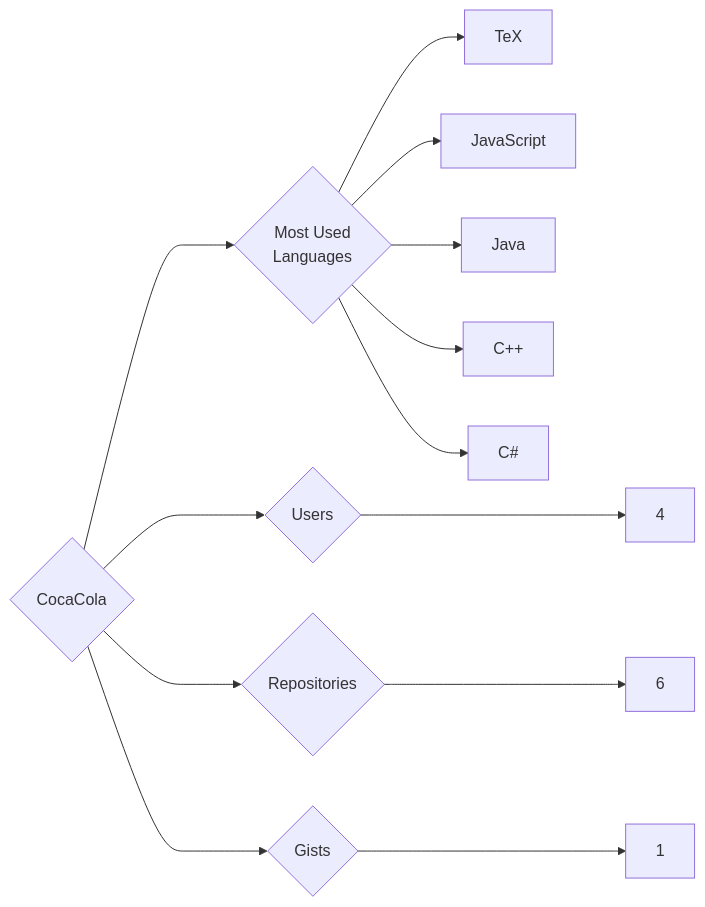
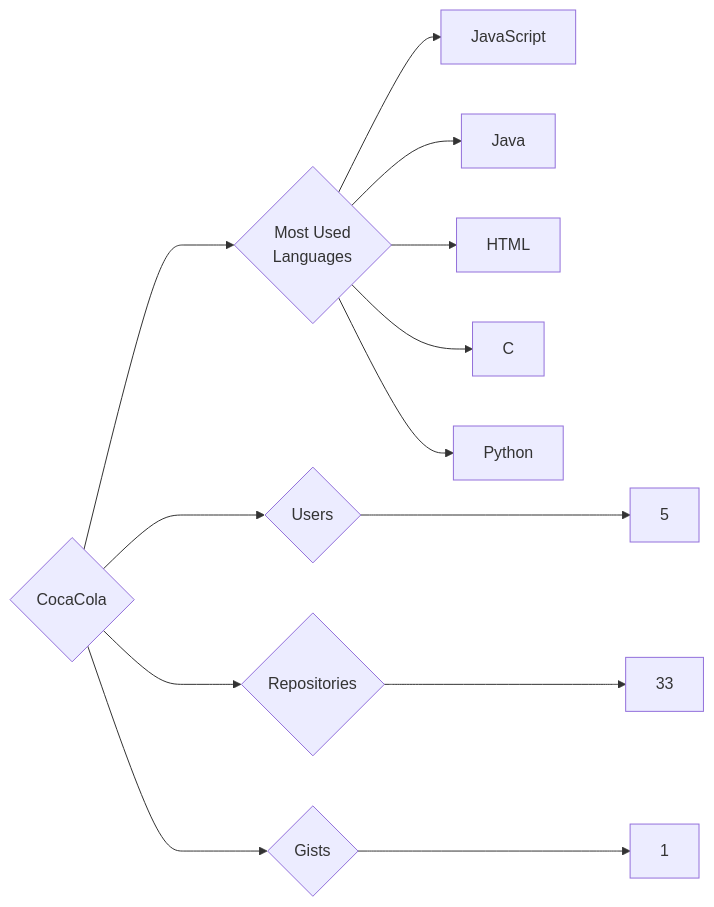
The diagram in targets/CocaCola/README.md (trickest/insiders), drawn with Mermaid before and after one commit. The commit also changed 636 other files, not shown here.

````diff
--- a/targets/CocaCola/README.md
+++ b/targets/CocaCola/README.md
@@ -3,13 +3,13 @@
 ```mermaid
 graph LR
 COMPANY_NAME{CocaCola}
-COMPANY_NAME ---> U{Users} ---> UN[4]
-COMPANY_NAME ---> R{Repositories} ---> RN[6]
+COMPANY_NAME ---> U{Users} ---> UN[5]
+COMPANY_NAME ---> R{Repositories} ---> RN[33]
 COMPANY_NAME ---> G{Gists} ---> GN[1]
 COMPANY_NAME ---> ML{Most Used<br>Languages}
-ML --> TeX[TeX]
 ML --> JavaScript[JavaScript]
 ML --> Java[Java]
-ML --> C++[C++]
-ML --> C#[C#]
+ML --> HTML[HTML]
+ML --> C[C]
+ML --> Python[Python]
 ```
````
